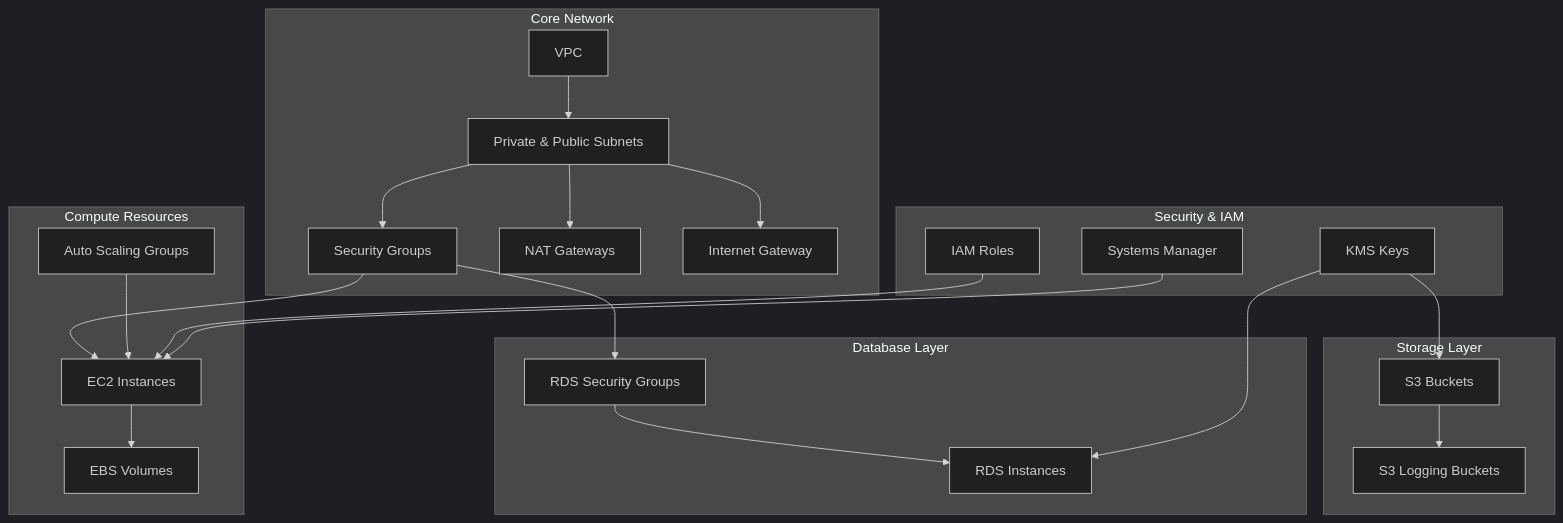
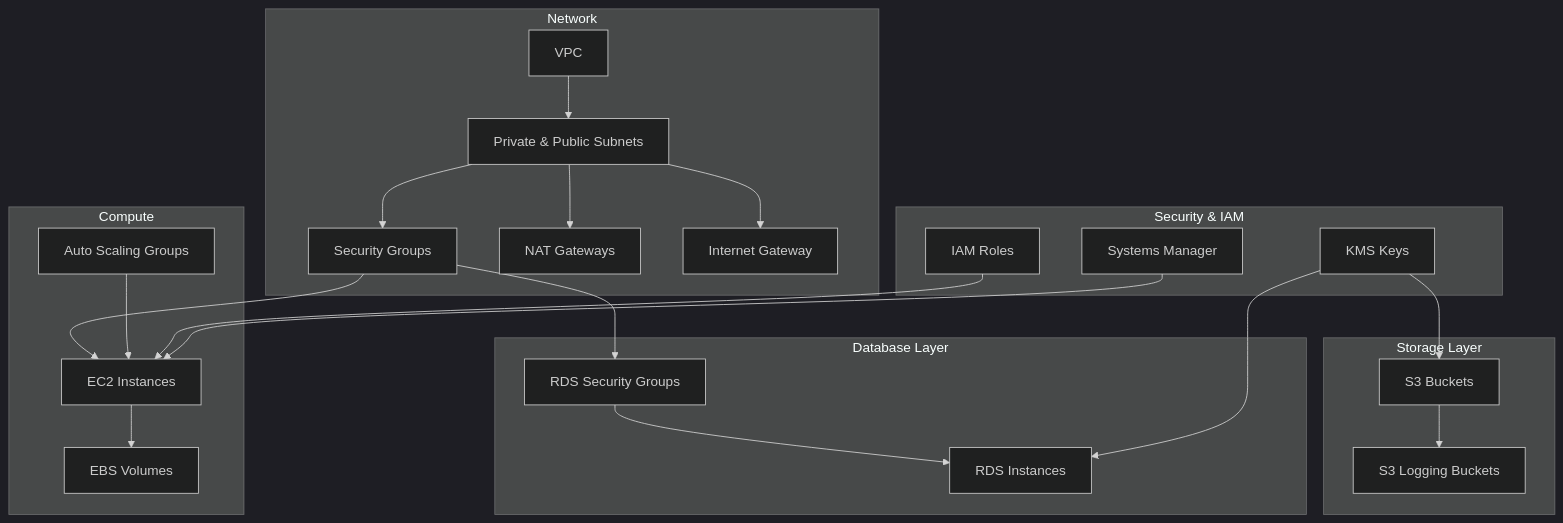
Before and after one commit to catherinevee/terragrunt-catherine: the diagram in README.md, drawn with Mermaid (dark theme). The commit also changed other lines of this file and 28 other files, not shown here.

````diff
--- a/README.md
+++ b/README.md
@@ -64,41 +62,41 @@
 ```mermaid
 graph TB
-    subgraph Core Network
+    subgraph Network
         VPC[VPC] --> SUBNETS[Private & Public Subnets]
         SUBNETS --> SG[Security Groups]
         SUBNETS --> NGW[NAT Gateways]
         SUBNETS --> IGW[Internet Gateway]
     end
 
-    subgraph Compute Resources
+    subgraph Compute
         EC2[EC2 Instances]
         ASG[Auto Scaling Groups]
         EC2VOL[EBS Volumes]
         SG --> EC2
         EC2 --> EC2VOL
         ASG --> EC2
     end
 
     subgraph Storage Layer
         S3[S3 Buckets]
         S3LOG[S3 Logging Buckets]
         S3 --> S3LOG
     end
 
     subgraph Database Layer
         RDS[RDS Instances]
         RDSSG[RDS Security Groups]
         SG --> RDSSG
         RDSSG --> RDS
     end
 
     subgraph Security & IAM
         IAM[IAM Roles]
         KMS[KMS Keys]
         SSM[Systems Manager]
         IAM --> EC2
         KMS --> RDS
         KMS --> S3
         SSM --> EC2
     end
 ```
````
